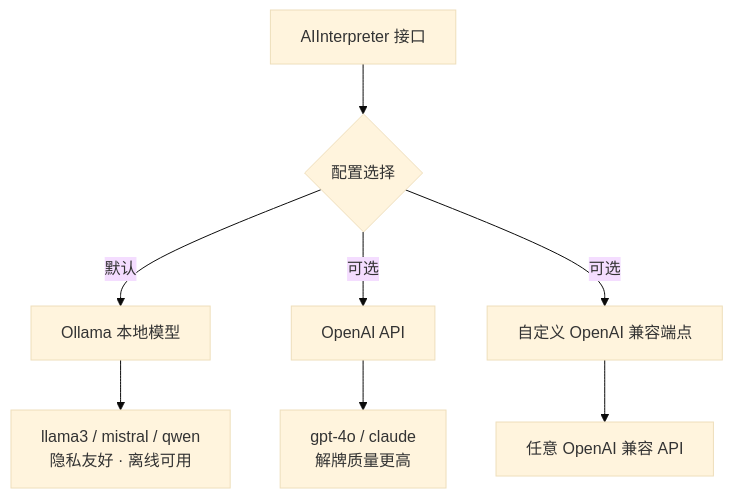
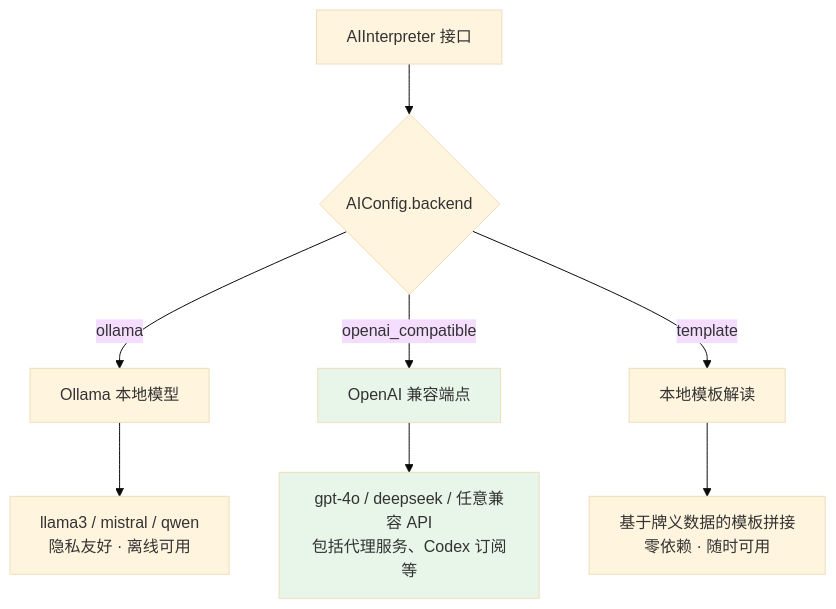
Before and after one commit to ce1an69/Nekomata: the sixth of 7 diagrams in docs/architecture.md, drawn with Mermaid (base theme). The commit also changed other lines of this file, not shown here.

````diff
--- a/docs/architecture.md
+++ b/docs/architecture.md
@@ -291,11 +375,14 @@
 ```mermaid
 flowchart TD
-    A[AIInterpreter 接口] --> B{配置选择}
-    B -->|默认| C[Ollama 本地模型]
-    B -->|可选| D[OpenAI API]
-    B -->|可选| E[自定义 OpenAI 兼容端点]
-    
+    A[AIInterpreter 接口] --> B{AIConfig.backend}
+    B -->|ollama| C[Ollama 本地模型]
+    B -->|openai_compatible| D[OpenAI 兼容端点]
+    B -->|template| E[本地模板解读]
+
     C --> F["llama3 / mistral / qwen<br/>隐私友好 · 离线可用"]
-    D --> G["gpt-4o / claude<br/>解牌质量更高"]
-    E --> H["任意 OpenAI 兼容 API"]
+    D --> G["gpt-4o / deepseek / 任意兼容 API<br/>包括代理服务、Codex 订阅等"]
+    E --> H["基于牌义数据的模板拼接<br/>零依赖 · 随时可用"]
+
+    style D fill:#e8f5e9
+    style G fill:#e8f5e9
 ```
````
